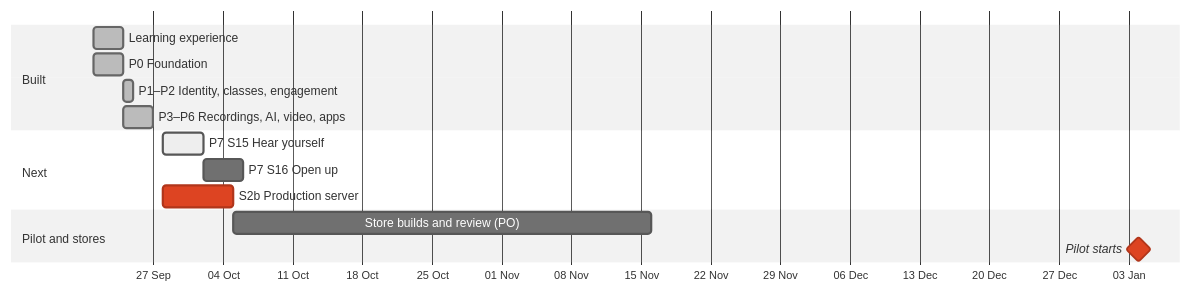
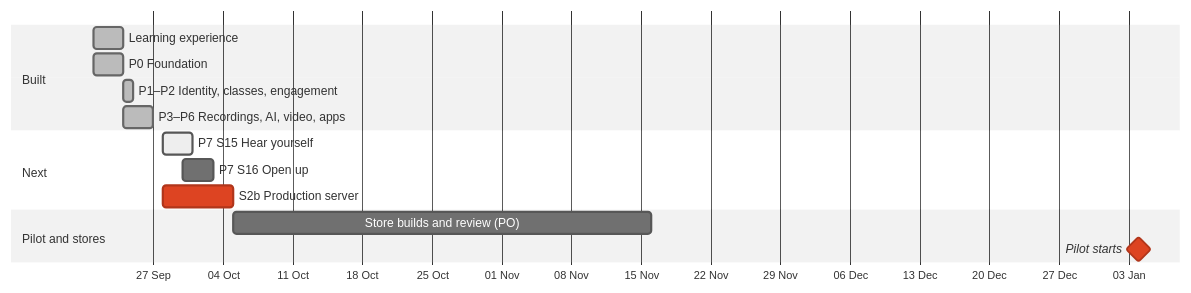
Before and after one commit to Sira-Labs/Suffa: the second of 2 diagrams in docs/plan/roadmap.md, drawn with Mermaid (neutral theme). The commit also changed 1 other file, not shown here.

Commit message:
docs(plan): S15 Mon–Wed and S16 Wed–Fri in the gantt charts
Claude-Session: https://claude.ai/code/session_01JfRjLk3edhiUsWubUZJdLs

````diff
--- a/docs/plan/roadmap.md
+++ b/docs/plan/roadmap.md
@@ -63,18 +63,18 @@
 ```mermaid
 gantt
   dateFormat YYYY-MM-DD
   axisFormat %d %b
   todayMarker on
   section Built
   Learning experience                :done, lx, 2026-09-21, 3d
   P0 Foundation                      :done, p0, 2026-09-21, 3d
   P1–P2 Identity, classes, engagement :done, p12, 2026-09-24, 1d
   P3–P6 Recordings, AI, video, apps  :done, p36, 2026-09-24, 3d
   section Next
-  P7 S15 Hear yourself               :active, s15, 2026-09-28, 4d
-  P7 S16 Open up                     :s16, after s15, 4d
+  P7 S15 Hear yourself               :active, s15, 2026-09-28, 3d
+  P7 S16 Open up                     :s16, 2026-09-30, 3d
   S2b Production server              :crit, s2b, 2026-09-28, 7d
   section Pilot and stores
   Store builds and review (PO)       :stores, 2026-10-05, 42d
   Pilot starts                       :milestone, crit, pilot, 2027-01-04, 0d
 ```
````
